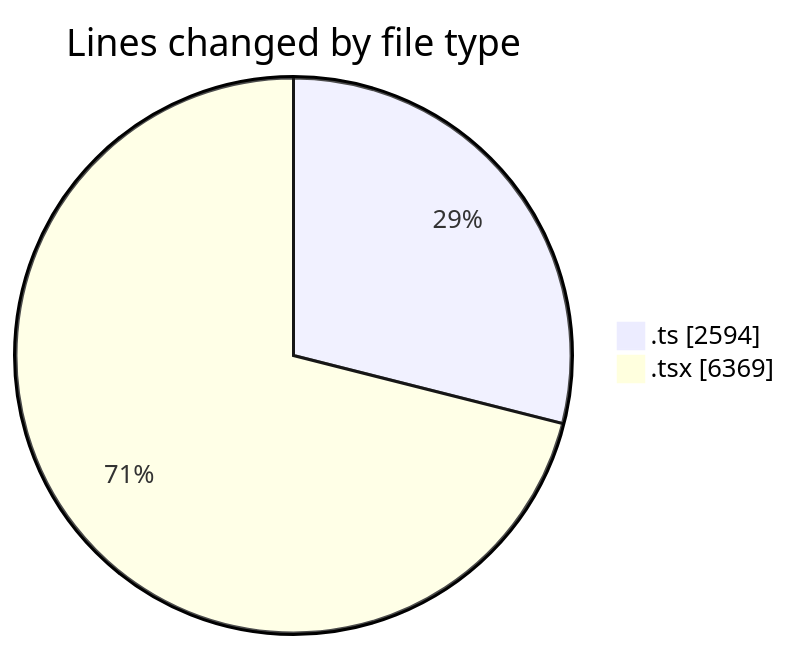
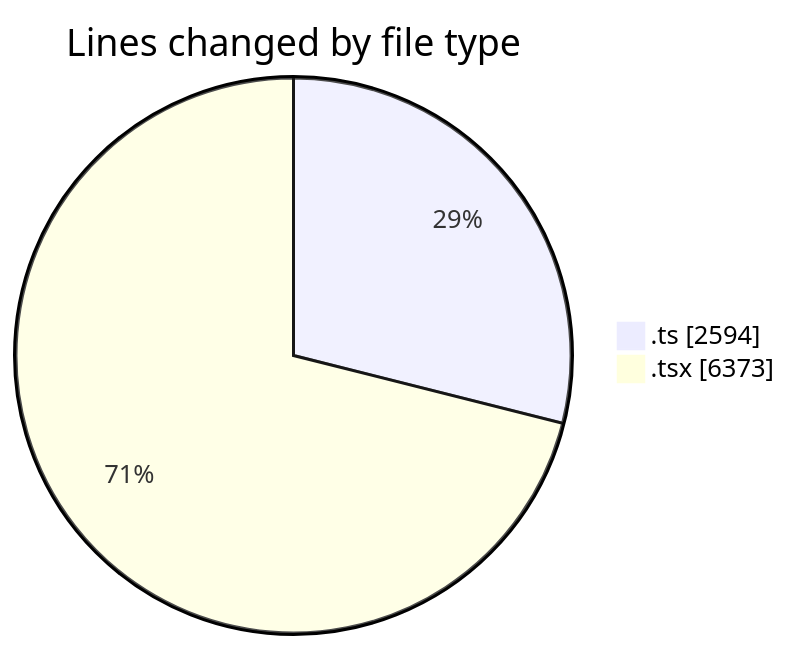
Before and after one commit to momahboobian/code-tracking: the first of 2 diagrams in 2025-07-01/cda/README.md, drawn with Mermaid. The commit also changed other lines of this file and 1 other file, not shown here.

````diff
--- a/2025-07-01/cda/README.md
+++ b/2025-07-01/cda/README.md
@@ -44,6 +44,6 @@
 ```mermaid
 pie showData
 title Lines changed by file type
 ".ts" : 2594
-".tsx" : 6369
+".tsx" : 6373
 ```
````
